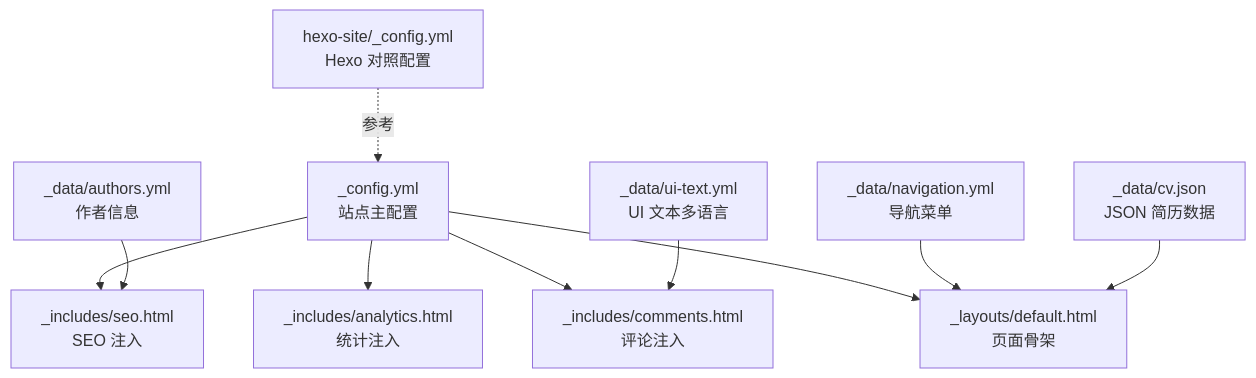
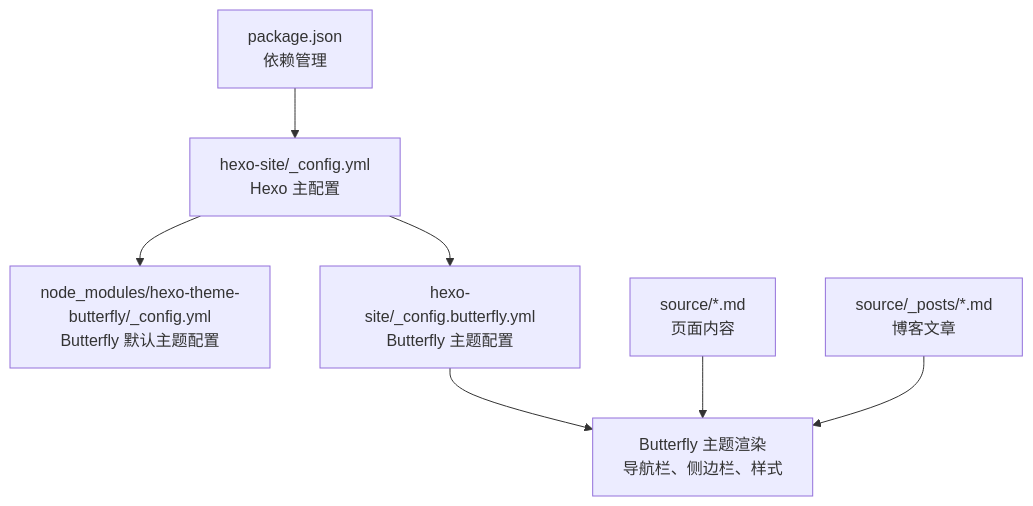
The first of 3 diagrams in .qoder/repowiki/zh/content/配置管理/配置管理.md (CoolPig0720/CoolPig0720.github.io), drawn with Mermaid before and after one commit. The commit also changed other lines of this file and 36 other files, not shown here.

````diff
--- a/.qoder/repowiki/zh/content/配置管理/配置管理.md
+++ b/.qoder/repowiki/zh/content/配置管理/配置管理.md
@@ -45,12 +51,9 @@
 ```mermaid
 graph TB
-A["_config.yml<br/>站点主配置"] --> B["_includes/seo.html<br/>SEO 注入"]
-A --> C["_includes/analytics.html<br/>统计注入"]
-A --> D["_includes/comments.html<br/>评论注入"]
-A --> E["_layouts/default.html<br/>页面骨架"]
-F["_data/navigation.yml<br/>导航菜单"] --> E
-G["_data/authors.yml<br/>作者信息"] --> B
-H["_data/ui-text.yml<br/>UI 文本多语言"] --> D
-I["_data/cv.json<br/>JSON 简历数据"] --> E
-J["hexo-site/_config.yml<br/>Hexo 对照配置"] -. 参考 .-> A
+A["hexo-site/_config.yml<br/>Hexo 主配置"] --> B["node_modules/hexo-theme-butterfly/_config.yml<br/>Butterfly 默认主题配置"]
+A --> C["hexo-site/_config.butterfly.yml<br/>Butterfly 主题配置"]
+C --> D["Butterfly 主题渲染<br/>导航栏、侧边栏、样式"]
+E["package.json<br/>依赖管理"] --> A
+F["source/*.md<br/>页面内容"] --> D
+G["source/_posts/*.md<br/>博客文章"] --> D
 ```
````
